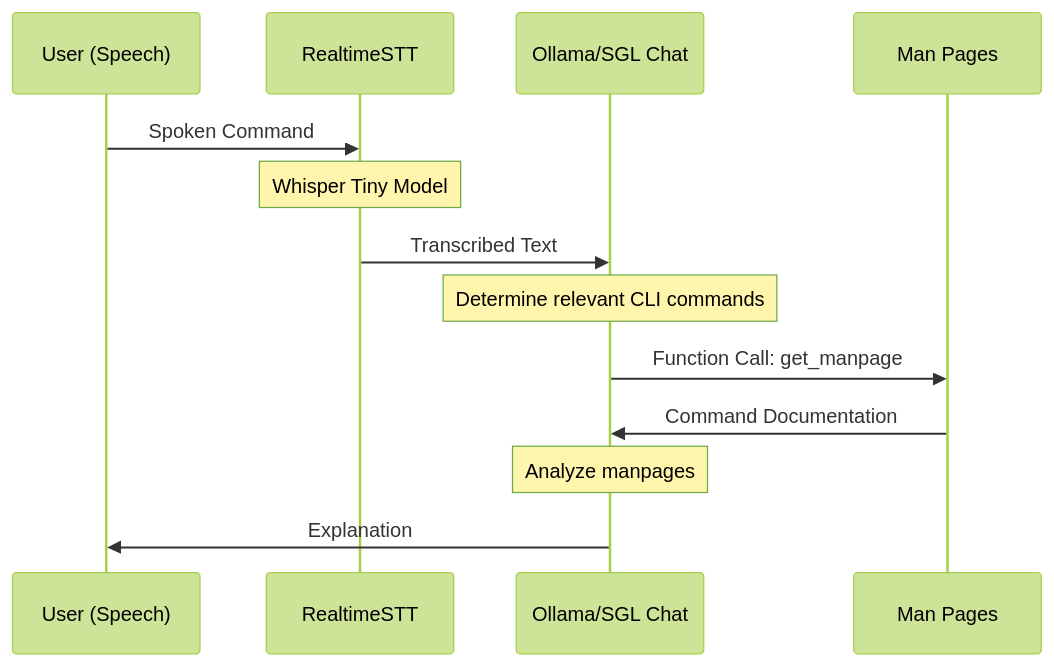
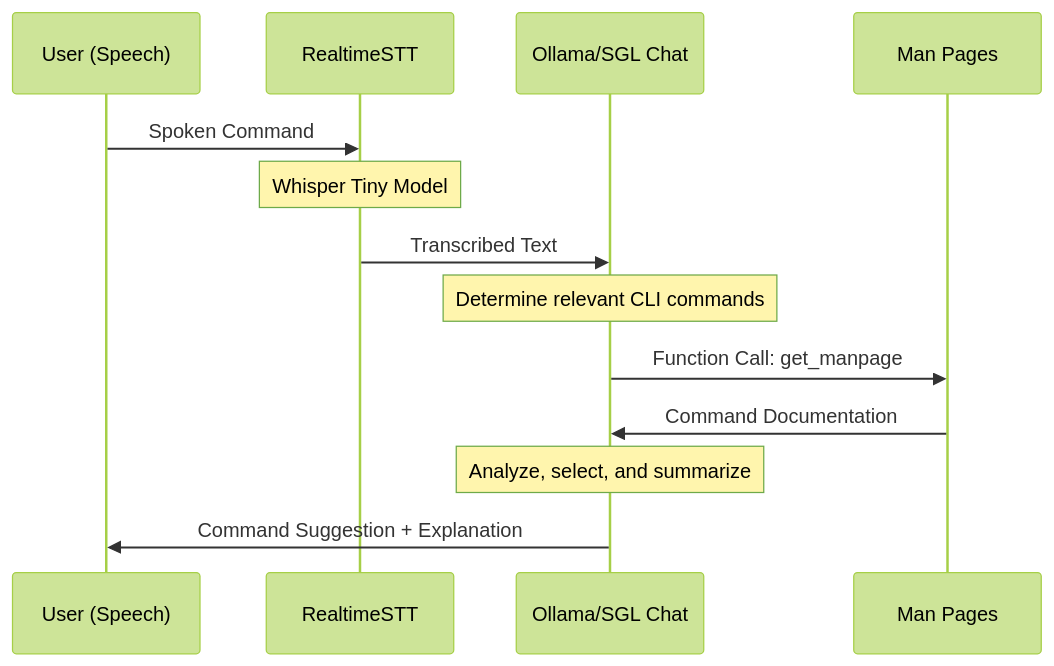
One commit to ownage-labs/cerebrosonic-navigator changed the diagram in README.md. Above: the diagram before and after it, drawn with Mermaid (forest theme).

Commit message:
added sequence diagram

````diff
--- a/README.md
+++ b/README.md
@@ -13,18 +13,17 @@
 ```mermaid
 sequenceDiagram
     participant User as User (Speech)
     participant STT as RealtimeSTT
     participant LLM as Ollama/SGL Chat
     participant Man as Man Pages
 
 
     User->>STT: Spoken Command
     Note over STT: Whisper Tiny Model
     STT->>LLM: Transcribed Text
     Note over LLM: Determine relevant CLI commands
     LLM->>Man: Function Call: get_manpage
     Man->>LLM: Command Documentation
-    Note over LLM: Analyze manpages
-    LLM->>User: Explanation
-
+    Note over LLM: Analyze, select, and summarize
+    LLM->>User: Command Suggestion + Explanation
 ```
````
